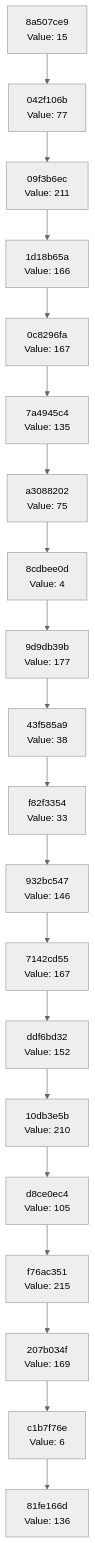
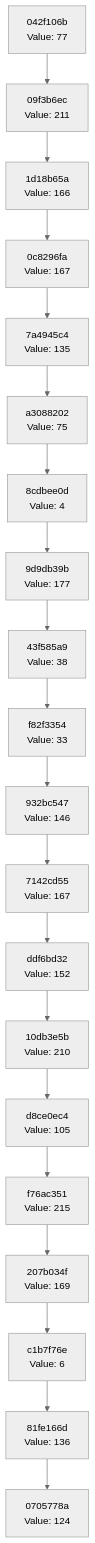
The diagram in docs/CHAIN_VISUALIZATION.md (Abhisheksinha1506/hash-chain-evolver), drawn with Mermaid (neutral theme) before and after one commit. The commit also changed 2 other files, not shown here.

Commit message:
Evolution Step

````diff
--- a/docs/CHAIN_VISUALIZATION.md
+++ b/docs/CHAIN_VISUALIZATION.md
@@ -3,42 +3,42 @@
 ```mermaid
 graph TD
-    C0["81fe166d<br/>Value: 136"]
-    C1["c1b7f76e<br/>Value: 6"]
+    C0["0705778a<br/>Value: 124"]
+    C1["81fe166d<br/>Value: 136"]
     C1 --> C0
-    C2["207b034f<br/>Value: 169"]
+    C2["c1b7f76e<br/>Value: 6"]
     C2 --> C1
-    C3["f76ac351<br/>Value: 215"]
+    C3["207b034f<br/>Value: 169"]
     C3 --> C2
-    C4["d8ce0ec4<br/>Value: 105"]
+    C4["f76ac351<br/>Value: 215"]
     C4 --> C3
-    C5["10db3e5b<br/>Value: 210"]
+    C5["d8ce0ec4<br/>Value: 105"]
     C5 --> C4
-    C6["ddf6bd32<br/>Value: 152"]
+    C6["10db3e5b<br/>Value: 210"]
     C6 --> C5
-    C7["7142cd55<br/>Value: 167"]
+    C7["ddf6bd32<br/>Value: 152"]
     C7 --> C6
-    C8["932bc547<br/>Value: 146"]
+    C8["7142cd55<br/>Value: 167"]
     C8 --> C7
-    C9["f82f3354<br/>Value: 33"]
+    C9["932bc547<br/>Value: 146"]
     C9 --> C8
-    C10["43f585a9<br/>Value: 38"]
+    C10["f82f3354<br/>Value: 33"]
     C10 --> C9
-    C11["9d9db39b<br/>Value: 177"]
+    C11["43f585a9<br/>Value: 38"]
     C11 --> C10
-    C12["8cdbee0d<br/>Value: 4"]
+    C12["9d9db39b<br/>Value: 177"]
     C12 --> C11
-    C13["a3088202<br/>Value: 75"]
+    C13["8cdbee0d<br/>Value: 4"]
     C13 --> C12
-    C14["7a4945c4<br/>Value: 135"]
+    C14["a3088202<br/>Value: 75"]
     C14 --> C13
-    C15["0c8296fa<br/>Value: 167"]
+    C15["7a4945c4<br/>Value: 135"]
     C15 --> C14
-    C16["1d18b65a<br/>Value: 166"]
+    C16["0c8296fa<br/>Value: 167"]
     C16 --> C15
-    C17["09f3b6ec<br/>Value: 211"]
+    C17["1d18b65a<br/>Value: 166"]
     C17 --> C16
-    C18["042f106b<br/>Value: 77"]
+    C18["09f3b6ec<br/>Value: 211"]
     C18 --> C17
-    C19["8a507ce9<br/>Value: 15"]
+    C19["042f106b<br/>Value: 77"]
     C19 --> C18
 ```
````
